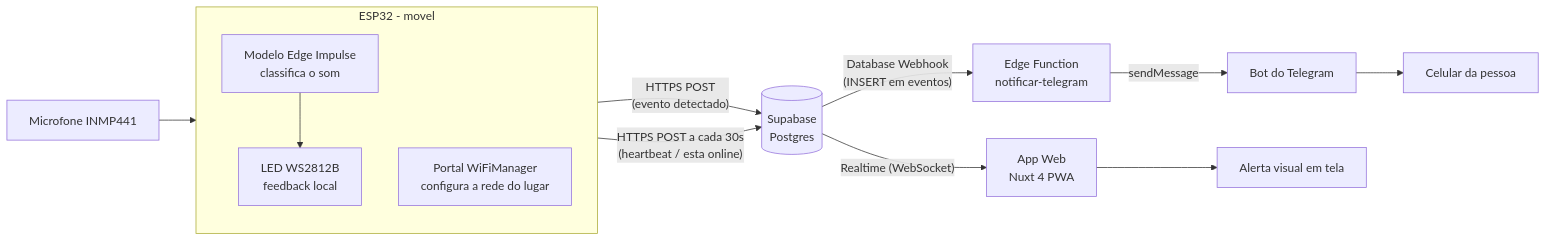
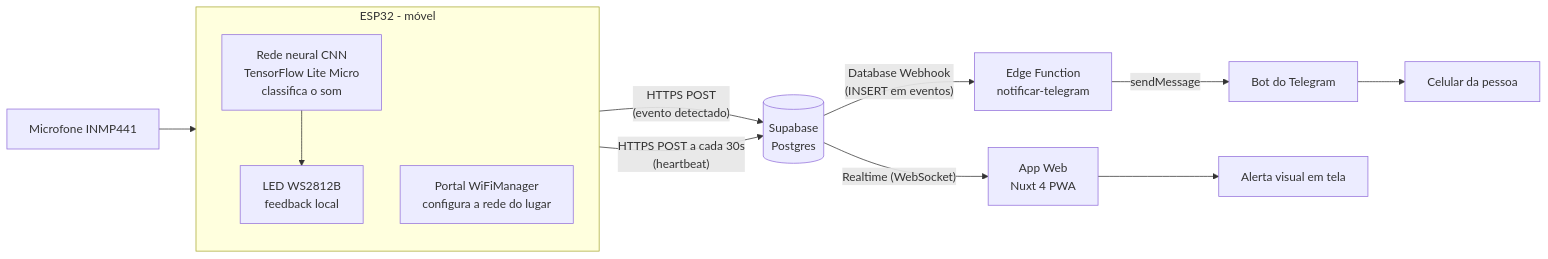
Before and after one commit to Joao-Strelow/alerta-sons-esp32: the diagram in README.md, drawn with Mermaid. The commit also changed other lines of this file and 411 other files, not shown here.

Commit message:
Versao final: IA propria (TensorFlow Lite Micro), treino em ia/, remove Edge Impulse

````diff
--- a/README.md
+++ b/README.md
@@ -11,17 +13,17 @@
 ```mermaid
 flowchart LR
     MIC[Microfone INMP441] --> ESP32
-    subgraph ESP32[ESP32 - movel]
-        DSP[Modelo Edge Impulse\nclassifica o som]
-        LED[LED WS2812B\nfeedback local]
-        WM[Portal WiFiManager\nconfigura a rede do lugar]
-        DSP --> LED
+    subgraph ESP32[ESP32 - móvel]
+        IA[Rede neural CNN<br/>TensorFlow Lite Micro<br/>classifica o som]
+        LED[LED WS2812B<br/>feedback local]
+        WM[Portal WiFiManager<br/>configura a rede do lugar]
+        IA --> LED
     end
-    ESP32 -- "HTTPS POST\n(evento detectado)" --> DB[(Supabase\nPostgres)]
-    ESP32 -- "HTTPS POST a cada 30s\n(heartbeat / esta online)" --> DB
-    DB -- "Realtime (WebSocket)" --> WEB[App Web\nNuxt 4 PWA]
-    DB -- "Database Webhook\n(INSERT em eventos)" --> FN[Edge Function\nnotificar-telegram]
+    ESP32 -- "HTTPS POST<br/>(evento detectado)" --> DB[(Supabase<br/>Postgres)]
+    ESP32 -- "HTTPS POST a cada 30s<br/>(heartbeat)" --> DB
+    DB -- "Realtime (WebSocket)" --> WEB[App Web<br/>Nuxt 4 PWA]
+    DB -- "Database Webhook<br/>(INSERT em eventos)" --> FN[Edge Function<br/>notificar-telegram]
     FN -- "sendMessage" --> TG[Bot do Telegram]
     TG --> CEL[Celular da pessoa]
     WEB --> USR[Alerta visual em tela]
 ```
````
